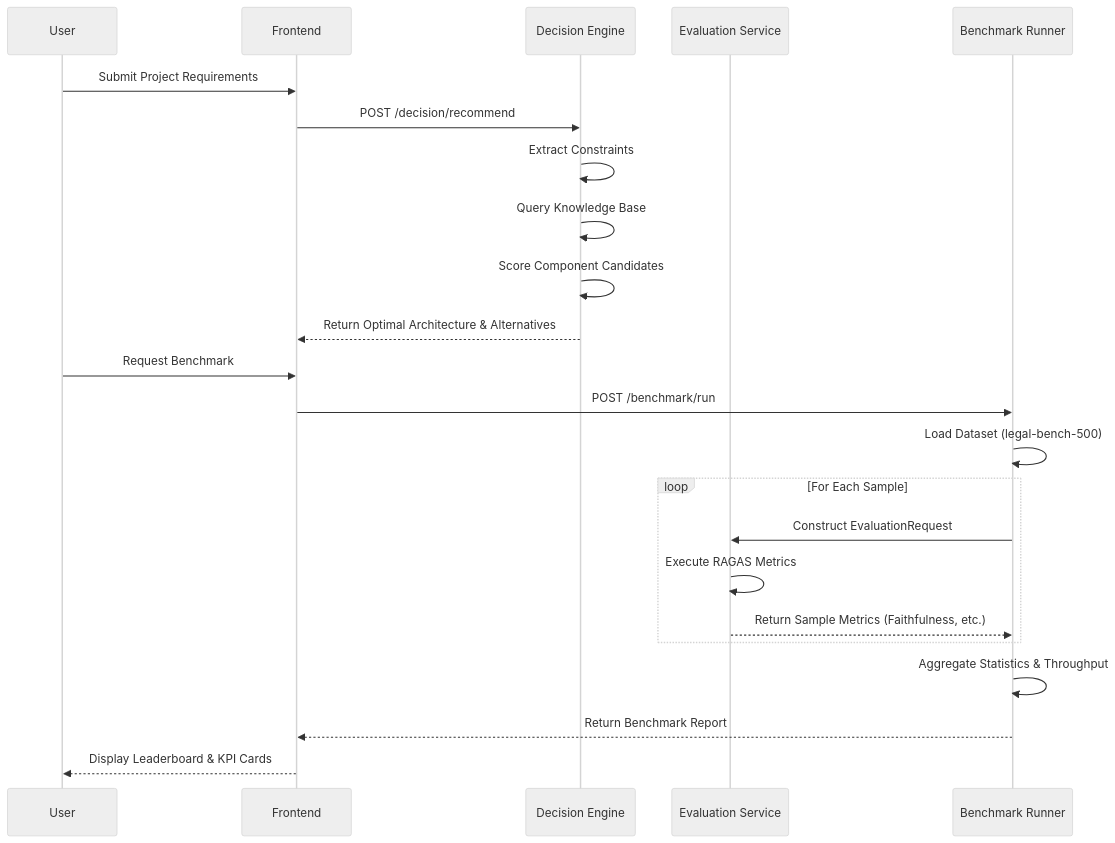
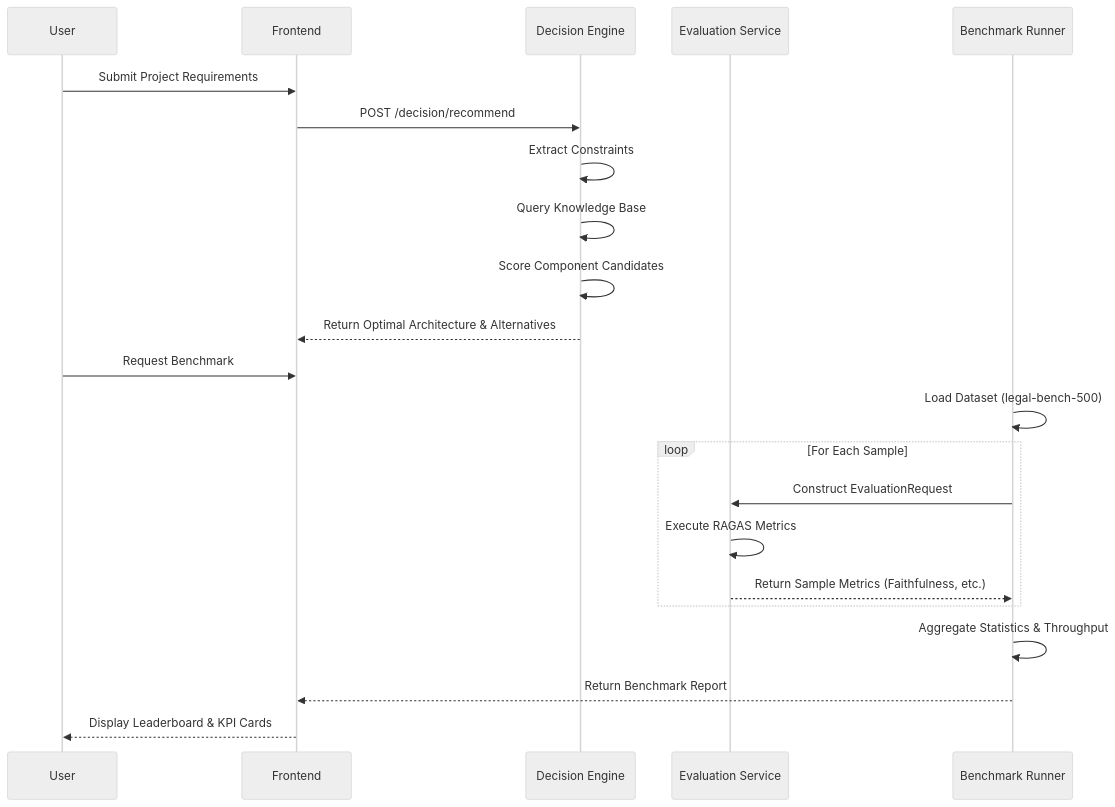
One commit to somiya-namdeo/Forge changed the second of 2 diagrams in README.md. Above: the diagram before and after it, drawn with Mermaid (neutral theme). The commit also changed other lines of this file and 45 other files, not shown here.

````diff
--- a/README.md
+++ b/README.md
@@ -129,29 +129,28 @@
 ```mermaid
 sequenceDiagram
     participant User
     participant Frontend
     participant DecisionEngine as Decision Engine
     participant EvalService as Evaluation Service
     participant BenchmarkRunner as Benchmark Runner
 
     User->>Frontend: Submit Project Requirements
     Frontend->>DecisionEngine: POST /decision/recommend
     DecisionEngine->>DecisionEngine: Extract Constraints
     DecisionEngine->>DecisionEngine: Query Knowledge Base
     DecisionEngine->>DecisionEngine: Score Component Candidates
     DecisionEngine-->>Frontend: Return Optimal Architecture & Alternatives
 
     User->>Frontend: Request Benchmark
-    Frontend->>BenchmarkRunner: POST /benchmark/run
     BenchmarkRunner->>BenchmarkRunner: Load Dataset (legal-bench-500)
     
     loop For Each Sample
         BenchmarkRunner->>EvalService: Construct EvaluationRequest
         EvalService->>EvalService: Execute RAGAS Metrics
         EvalService-->>BenchmarkRunner: Return Sample Metrics (Faithfulness, etc.)
     end
     
     BenchmarkRunner->>BenchmarkRunner: Aggregate Statistics & Throughput
     BenchmarkRunner-->>Frontend: Return Benchmark Report
     Frontend-->>User: Display Leaderboard & KPI Cards
 ```
````
